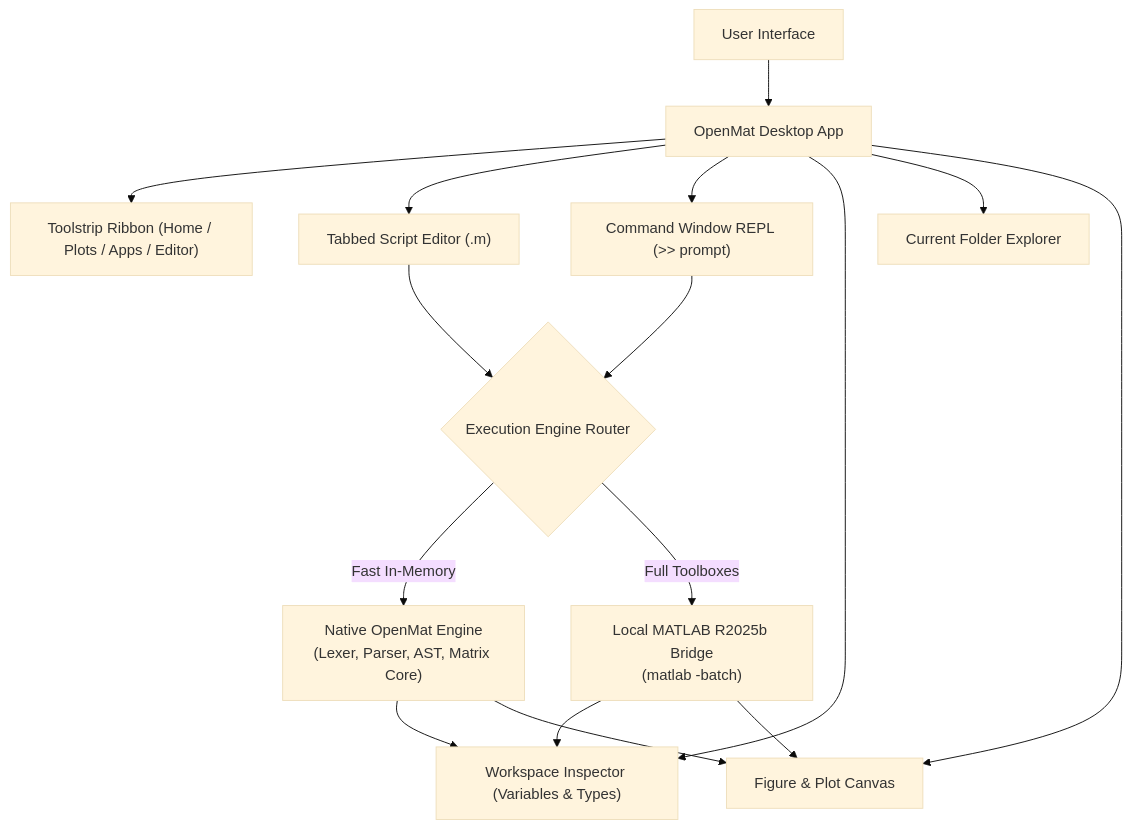
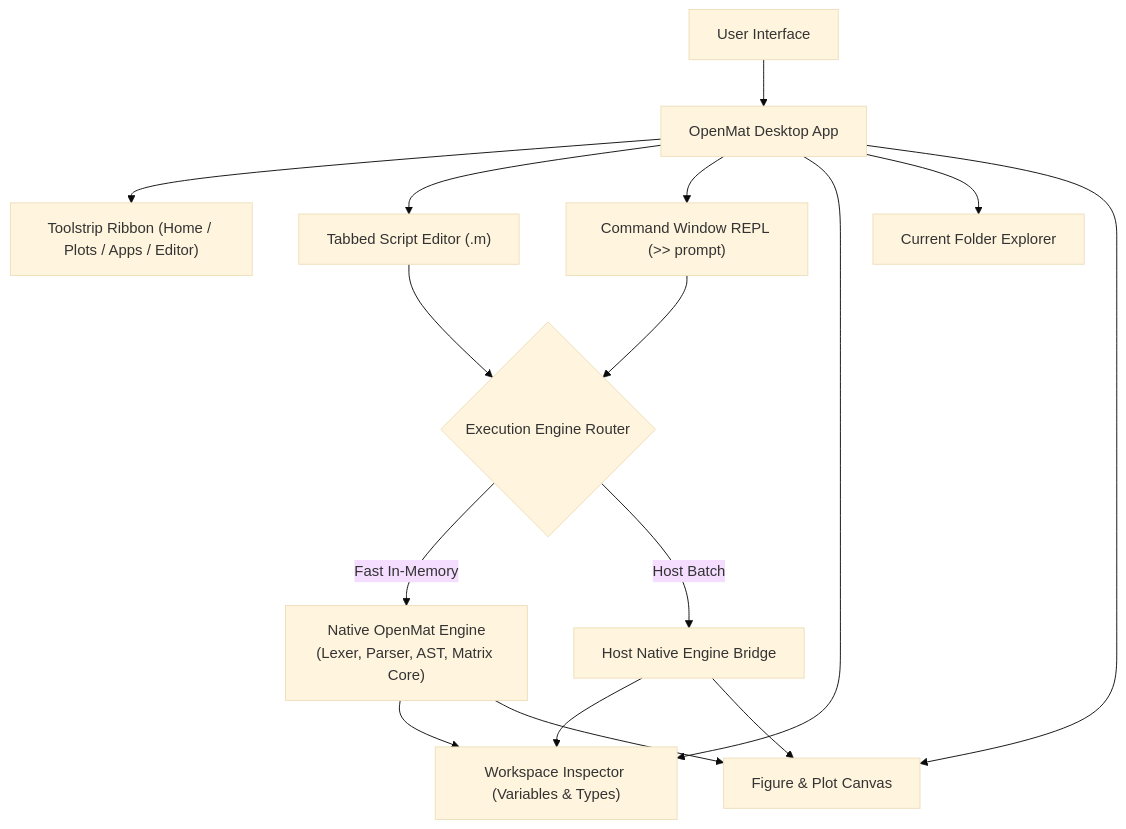
Before and after one commit to dgonzalezgonzalez/OpenMat: the diagram in docs/ARCHITECTURE.md, drawn with Mermaid (base theme). The commit also changed other lines of this file and 23 other files, not shown here.

````diff
--- a/docs/ARCHITECTURE.md
+++ b/docs/ARCHITECTURE.md
@@ -10,19 +10,19 @@
 ```mermaid
 flowchart TD
     User["User Interface"] --> App["OpenMat Desktop App"]
     App --> Ribbon["Toolstrip Ribbon (Home / Plots / Apps / Editor)"]
     App --> Editor["Tabbed Script Editor (.m)"]
     App --> CW["Command Window REPL (>> prompt)"]
     App --> WS["Workspace Inspector (Variables & Types)"]
     App --> CF["Current Folder Explorer"]
     App --> Fig["Figure & Plot Canvas"]
 
     CW & Editor --> Router{"Execution Engine Router"}
     Router -->|"Fast In-Memory"| NativeEngine["Native OpenMat Engine\n(Lexer, Parser, AST, Matrix Core)"]
-    Router -->|"Full Toolboxes"| Bridge["Local MATLAB R2025b Bridge\n(matlab -batch)"]
+    Router -->|"Host Batch"| Bridge["Host Native Engine Bridge"]
 
     NativeEngine --> WS
     NativeEngine --> Fig
     Bridge --> WS
     Bridge --> Fig
 ```
````
